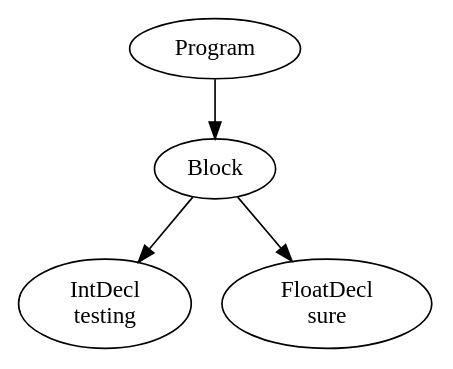
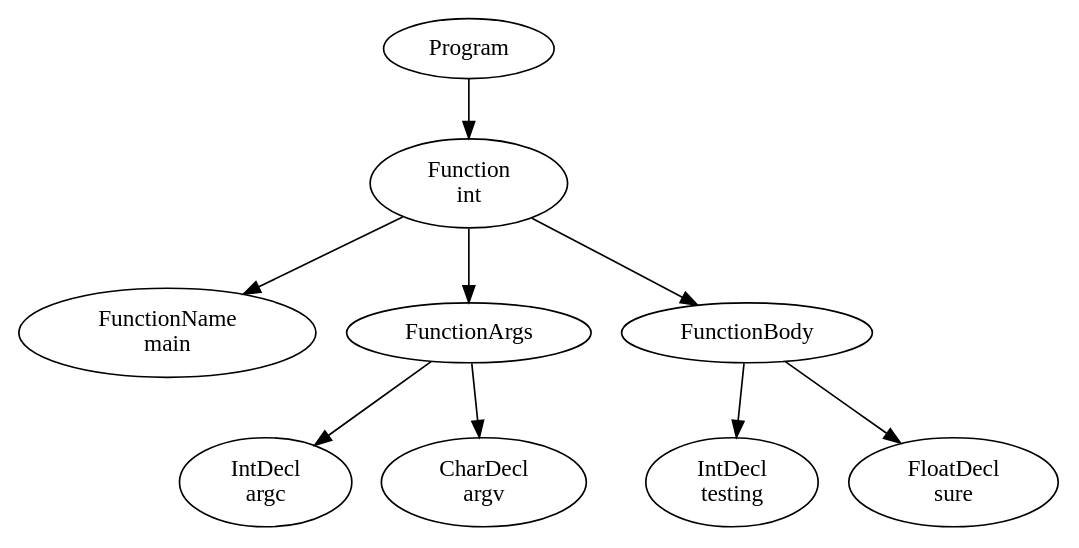
The diagram in official/res/solutions/singleLineComment.dot (FedericoQuin/Compilers), drawn with Graphviz before and after one commit. The commit also changed 24 other files, not shown here.

```diff
--- a/official/res/solutions/singleLineComment.dot
+++ b/official/res/solutions/singleLineComment.dot
@@ -1,9 +1,19 @@
 digraph AST {
-0 [label="Program"];
-1 [label="Block"];
-2 [label="IntDecl \ntesting"];
-3 [label="FloatDecl \nsure"];
+1 [label="Program"];
+2 [label="Function \nint"];
+3 [label="FunctionName \nmain"];
+4 [label="FunctionArgs"];
+5 [label="IntDecl \nargc"];
+6 [label="CharDecl \nargv"];
+4 -> 5;
+4 -> 6;
+7 [label="FunctionBody"];
+8 [label="IntDecl \ntesting"];
+9 [label="FloatDecl \nsure"];
+7 -> 8;
+7 -> 9;
+2 -> 3;
+2 -> 4;
+2 -> 7;
 1 -> 2;
-1 -> 3;
-0 -> 1;
 }
```
